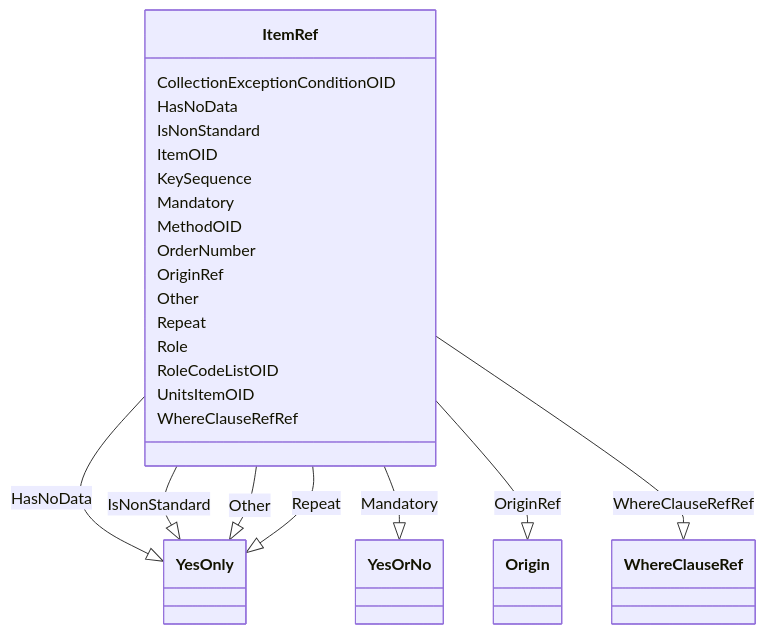
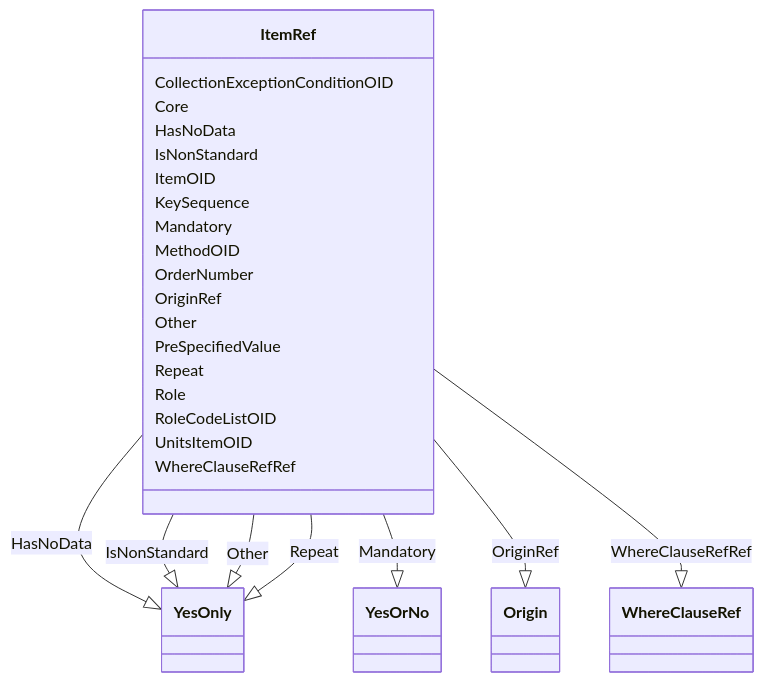
Before and after one commit to cdisc-org/DataExchange-ODM-LinkML: the diagram in docs/ItemRef.md, drawn with Mermaid. The commit also changed other lines of this file and 398 other files, not shown here.

Commit message:
refreshing for latest updates to schema

````diff
--- a/docs/ItemRef.md
+++ b/docs/ItemRef.md
@@ -9,49 +9,53 @@
 ```mermaid
  classDiagram
     class ItemRef
       ItemRef : CollectionExceptionConditionOID
+        
+      ItemRef : Core
         
       ItemRef : HasNoData
         
           ItemRef --|> YesOnly : HasNoData
         
       ItemRef : IsNonStandard
         
           ItemRef --|> YesOnly : IsNonStandard
         
       ItemRef : ItemOID
         
       ItemRef : KeySequence
         
       ItemRef : Mandatory
         
           ItemRef --|> YesOrNo : Mandatory
         
       ItemRef : MethodOID
         
       ItemRef : OrderNumber
         
       ItemRef : OriginRef
         
           ItemRef --|> Origin : OriginRef
         
       ItemRef : Other
         
           ItemRef --|> YesOnly : Other
         
+      ItemRef : PreSpecifiedValue
+        
       ItemRef : Repeat
         
           ItemRef --|> YesOnly : Repeat
         
       ItemRef : Role
         
       ItemRef : RoleCodeListOID
         
       ItemRef : UnitsItemOID
         
       ItemRef : WhereClauseRefRef
         
           ItemRef --|> WhereClauseRef : WhereClauseRefRef
         
       
 ```
````
